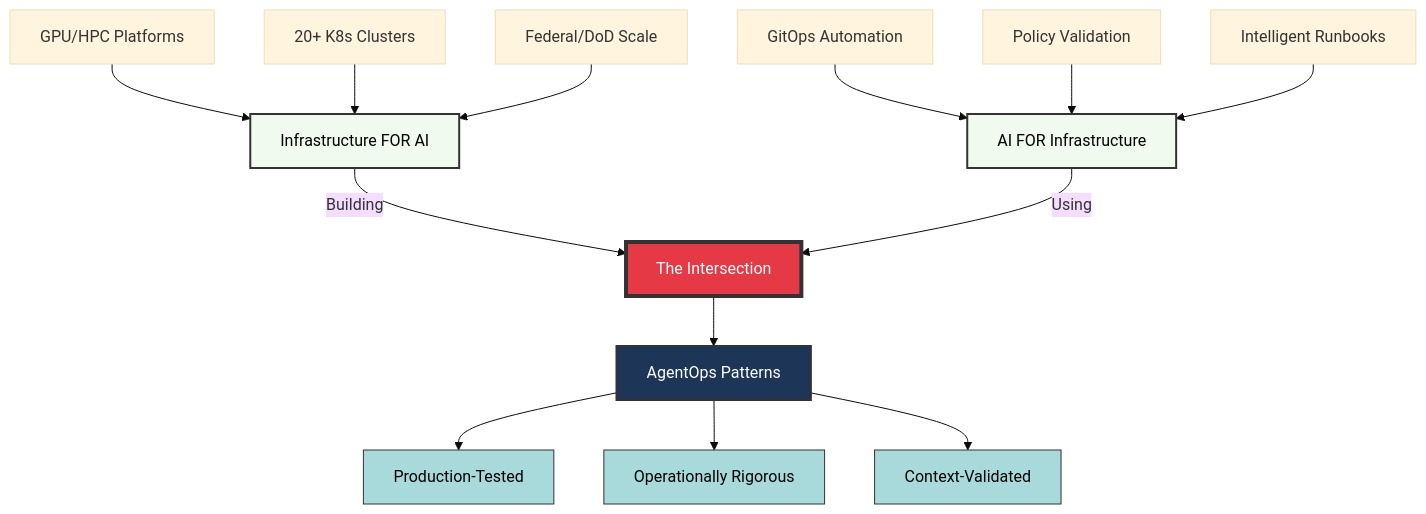
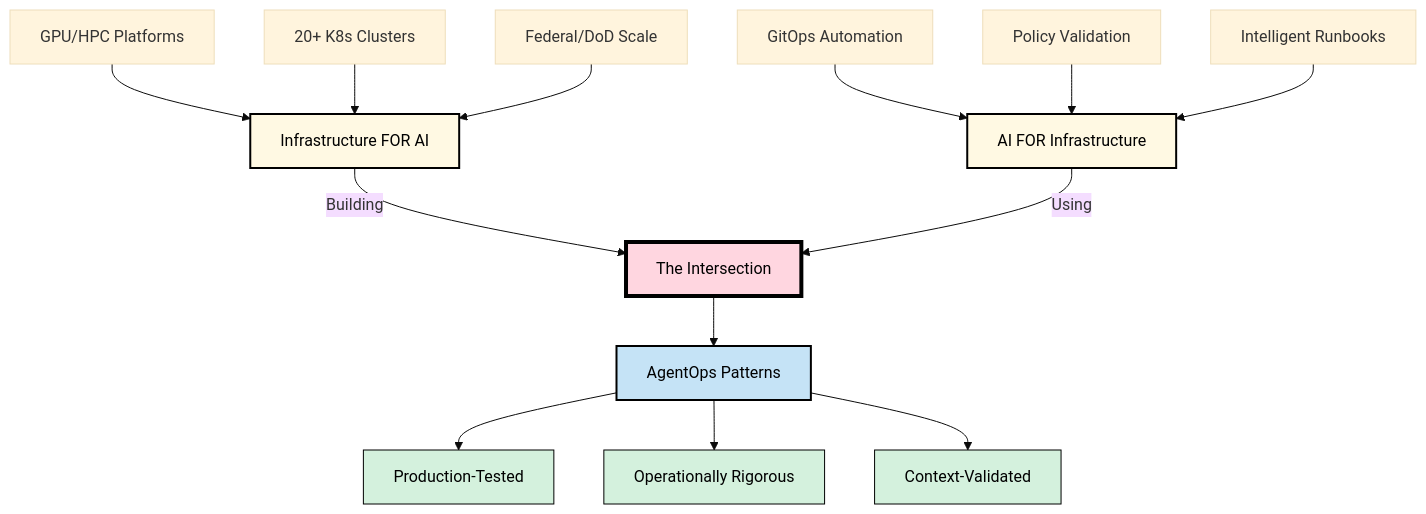
Before and after one commit to boshu2/12-factor-agentops: the first of 5 diagrams in README.md, drawn with Mermaid (base theme). The commit also changed other lines of this file, not shown here.

First line of the commit message:
fix(readme): use light backgrounds with dark text for all diagrams

````diff
--- a/README.md
+++ b/README.md
@@ -37,26 +37,26 @@
 ```mermaid
 graph TD
     A[Infrastructure FOR AI] -->|Building| C[The Intersection]
     B[AI FOR Infrastructure] -->|Using| C
     C --> D[AgentOps Patterns]
 
     A1[GPU/HPC Platforms] --> A
     A2[20+ K8s Clusters] --> A
     A3[Federal/DoD Scale] --> A
 
     B1[GitOps Automation] --> B
     B2[Policy Validation] --> B
     B3[Intelligent Runbooks] --> B
 
     D --> E[Production-Tested]
     D --> F[Operationally Rigorous]
     D --> G[Context-Validated]
 
-    style C fill:#e63946,stroke:#333,stroke-width:4px,color:#fff
-    style D fill:#1d3557,stroke:#333,stroke-width:2px,color:#fff
-    style A fill:#f1faee,stroke:#333,stroke-width:2px,color:#000
-    style B fill:#f1faee,stroke:#333,stroke-width:2px,color:#000
-    style E fill:#a8dadc,stroke:#333,stroke-width:1px,color:#000
-    style F fill:#a8dadc,stroke:#333,stroke-width:1px,color:#000
-    style G fill:#a8dadc,stroke:#333,stroke-width:1px,color:#000
+    style C fill:#ffd6e0,stroke:#000,stroke-width:4px,color:#000
+    style D fill:#c5e3f6,stroke:#000,stroke-width:2px,color:#000
+    style A fill:#fff9e3,stroke:#000,stroke-width:2px,color:#000
+    style B fill:#fff9e3,stroke:#000,stroke-width:2px,color:#000
+    style E fill:#d4f1dd,stroke:#000,stroke-width:1px,color:#000
+    style F fill:#d4f1dd,stroke:#000,stroke-width:1px,color:#000
+    style G fill:#d4f1dd,stroke:#000,stroke-width:1px,color:#000
 ```
````
